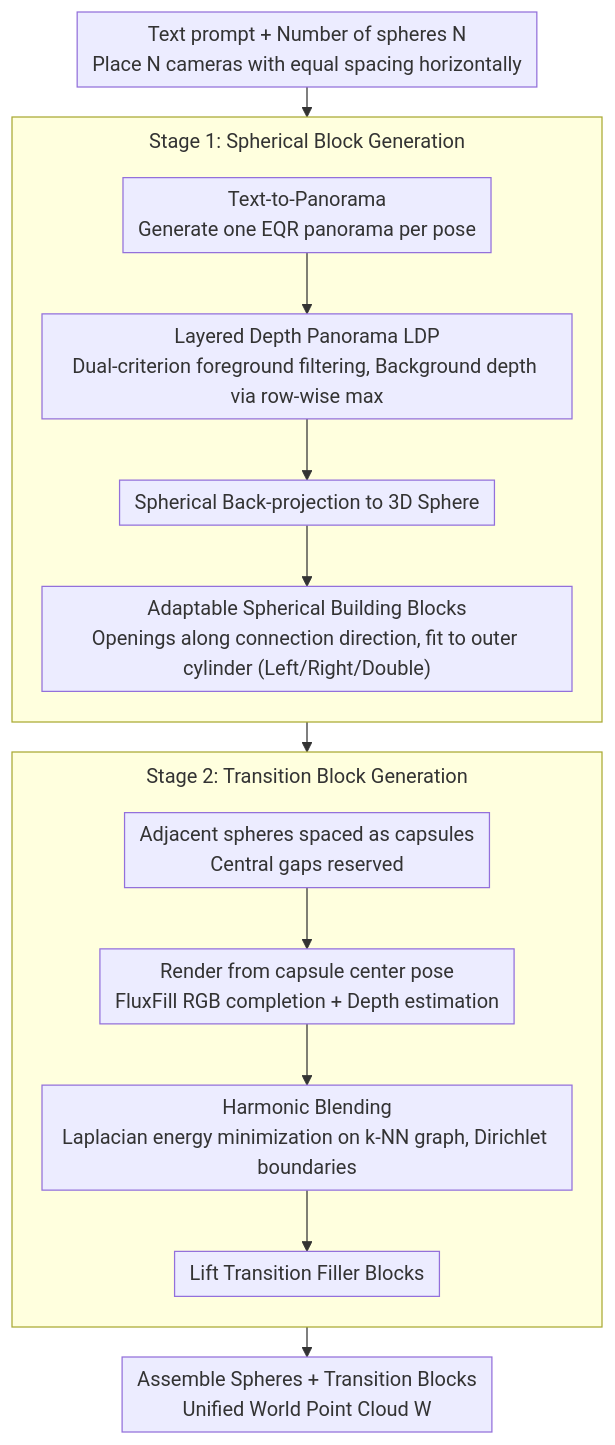
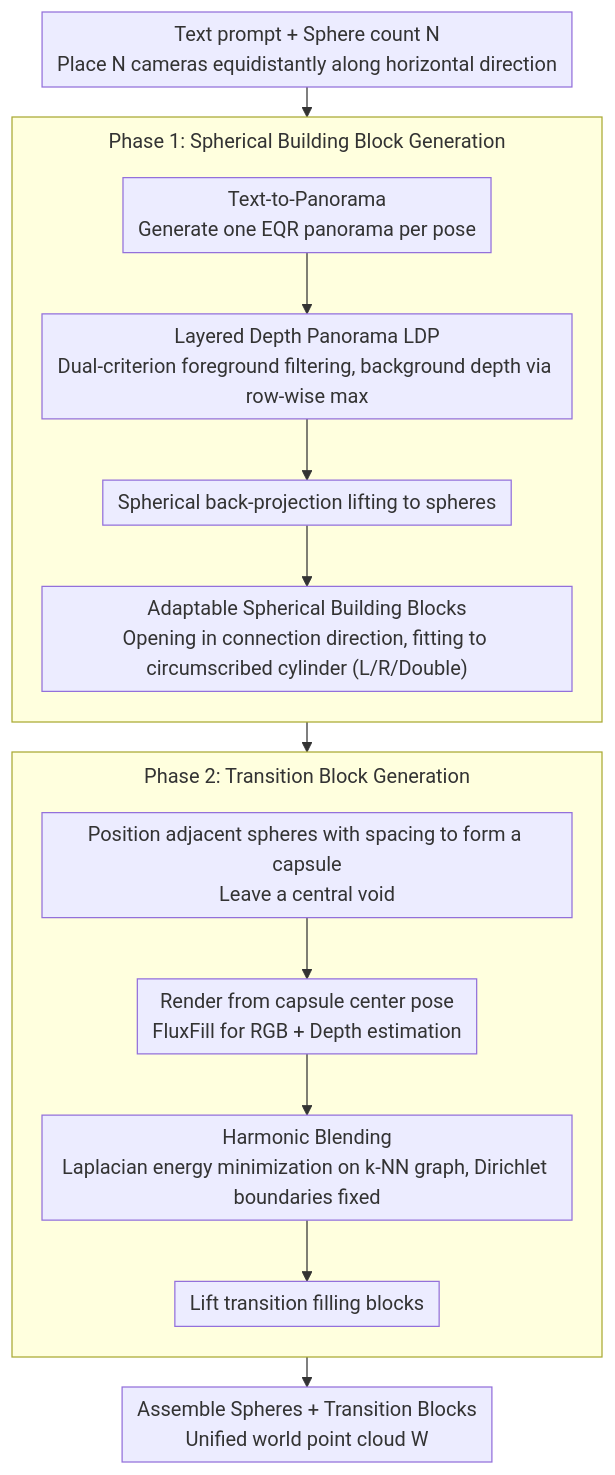
Before and after one commit to zhaoyang97/Paper-Notes-en: the diagram in docs/ICML2026/llm_nlp/sphericaldreamer_generating_navigable_immersive_3d_worlds_with_panorama_fusion.md, drawn with Mermaid. The commit also changed other lines of this file and 5084 other files, not shown here.

````diff
--- a/docs/ICML2026/llm_nlp/sphericaldreamer_generating_navigable_immersive_3d_worlds_with_panorama_fusion.md
+++ b/docs/ICML2026/llm_nlp/sphericaldreamer_generating_navigable_immersive_3d_worlds_with_panorama_fusion.md
@@ -41,19 +41,19 @@
 ```mermaid
 %%{init: {'flowchart': {'rankSpacing': 24, 'nodeSpacing': 28, 'padding': 6, 'wrappingWidth': 400, 'subGraphTitleMargin': {'top': 8, 'bottom': 16}}}}%%
 flowchart TD
-    A["Text prompt + Number of spheres N<br/>Place N cameras with equal spacing horizontally"] --> B["Text-to-Panorama<br/>Generate one EQR panorama per pose"]
-    subgraph S1["Stage 1: Spherical Block Generation"]
+    A["Text prompt + Sphere count N<br/>Place N cameras equidistantly along horizontal direction"] --> B["Text-to-Panorama<br/>Generate one EQR panorama per pose"]
+    subgraph S1["Phase 1: Spherical Building Block Generation"]
         direction TB
-        B --> C["Layered Depth Panorama LDP<br/>Dual-criterion foreground filtering, Background depth via row-wise max"]
-        C --> D["Spherical Back-projection to 3D Sphere"]
-        D --> E["Adaptable Spherical Building Blocks<br/>Openings along connection direction, fit to outer cylinder (Left/Right/Double)"]
+        B --> C["Layered Depth Panorama LDP<br/>Dual-criterion foreground filtering, background depth via row-wise max"]
+        C --> D["Spherical back-projection lifting to spheres"]
+        D --> E["Adaptable Spherical Building Blocks<br/>Opening in connection direction, fitting to circumscribed cylinder (L/R/Double)"]
     end
-    E --> F["Adjacent spheres spaced as capsules<br/>Central gaps reserved"]
-    subgraph S2["Stage 2: Transition Block Generation"]
+    E --> F["Position adjacent spheres with spacing to form a capsule<br/>Leave a central void"]
+    subgraph S2["Phase 2: Transition Block Generation"]
         direction TB
-        F --> G["Render from capsule center pose<br/>FluxFill RGB completion + Depth estimation"]
-        G --> H["Harmonic Blending<br/>Laplacian energy minimization on k-NN graph, Dirichlet boundaries"]
-        H --> I["Lift Transition Filler Blocks"]
+        F --> G["Render from capsule center pose<br/>FluxFill for RGB + Depth estimation"]
+        G --> H["Harmonic Blending<br/>Laplacian energy minimization on k-NN graph, Dirichlet boundaries fixed"]
+        H --> I["Lift transition filling blocks"]
     end
-    I --> J["Assemble Spheres + Transition Blocks<br/>Unified World Point Cloud W"]
+    I --> J["Assemble Spheres + Transition Blocks<br/>Unified world point cloud W"]
 ```
````
